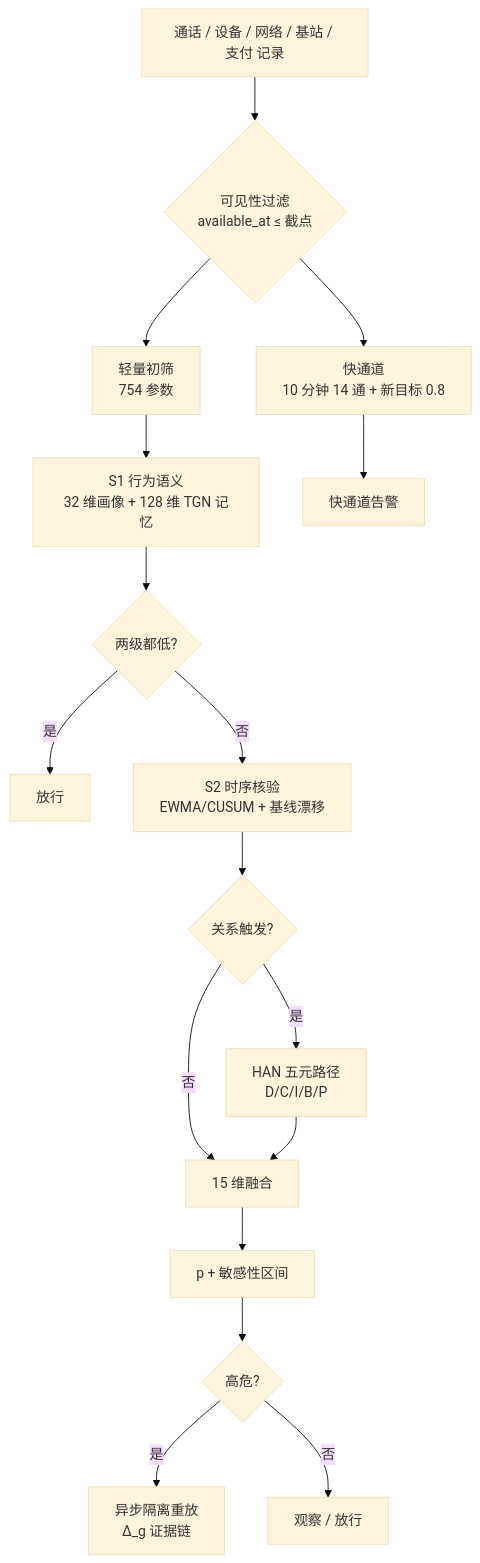
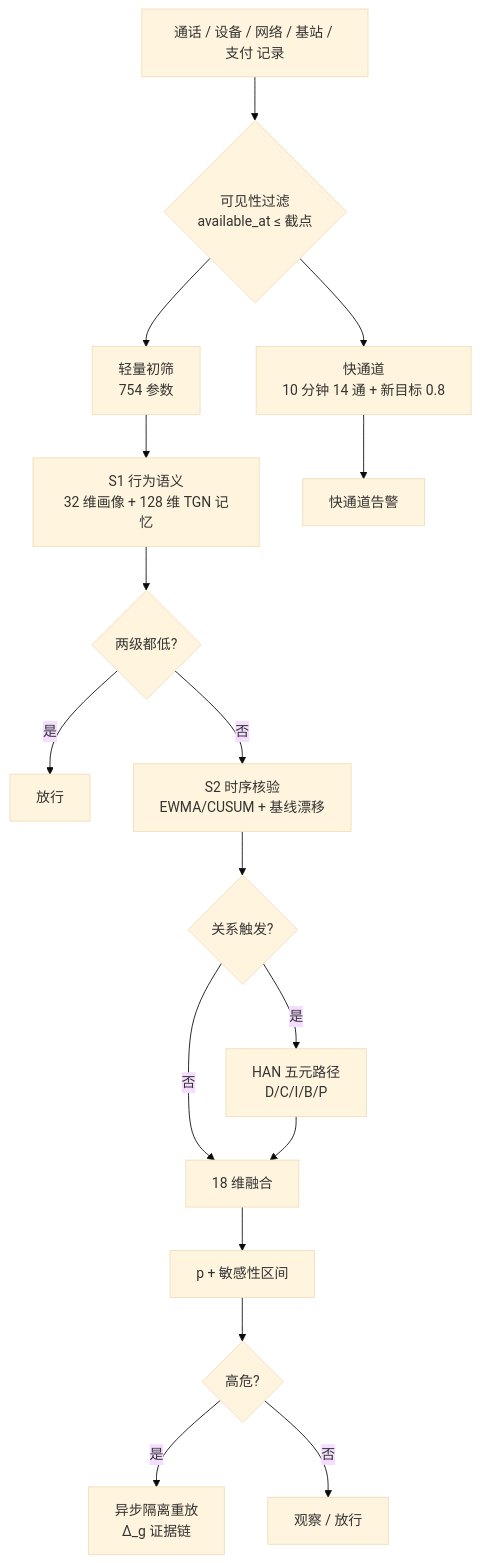
The diagram in README.md (xiaoxianasd/fraudq-orchestrator), drawn with Mermaid (base theme) before and after one commit. The commit also changed other lines of this file and 4 other files, not shown here.

````diff
--- a/README.md
+++ b/README.md
@@ -62,19 +62,19 @@
 ```mermaid
 flowchart TD
     A[通话 / 设备 / 网络 / 基站 / 支付 记录] --> B{可见性过滤<br/>available_at ≤ 截点}
     B --> C[快通道<br/>10 分钟 14 通 + 新目标 0.8]
     B --> D[轻量初筛<br/>754 参数]
     D --> E[S1 行为语义<br/>32 维画像 + 128 维 TGN 记忆]
     E --> F{两级都低?}
     F -- 是 --> G[放行]
     F -- 否 --> H[S2 时序核验<br/>EWMA/CUSUM + 基线漂移]
     H --> I{关系触发?}
     I -- 是 --> J[HAN 五元路径<br/>D/C/I/B/P]
-    I -- 否 --> K[15 维融合]
+    I -- 否 --> K[18 维融合]
     J --> K
     K --> L[p + 敏感性区间]
     L --> M{高危?}
     M -- 是 --> N[异步隔离重放<br/>Δ_g 证据链]
     M -- 否 --> O[观察 / 放行]
     C --> P[快通道告警]
 ```
````
